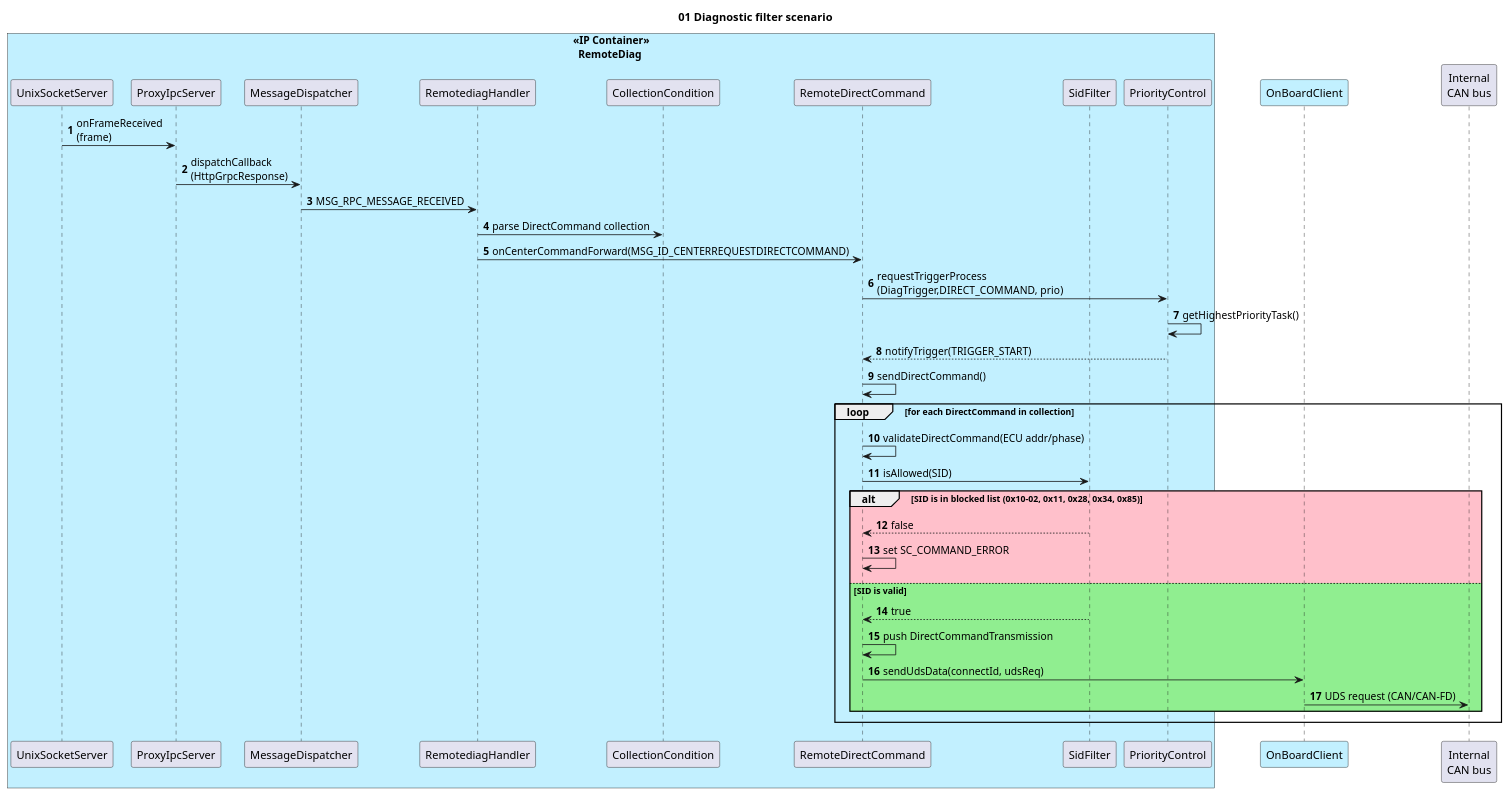
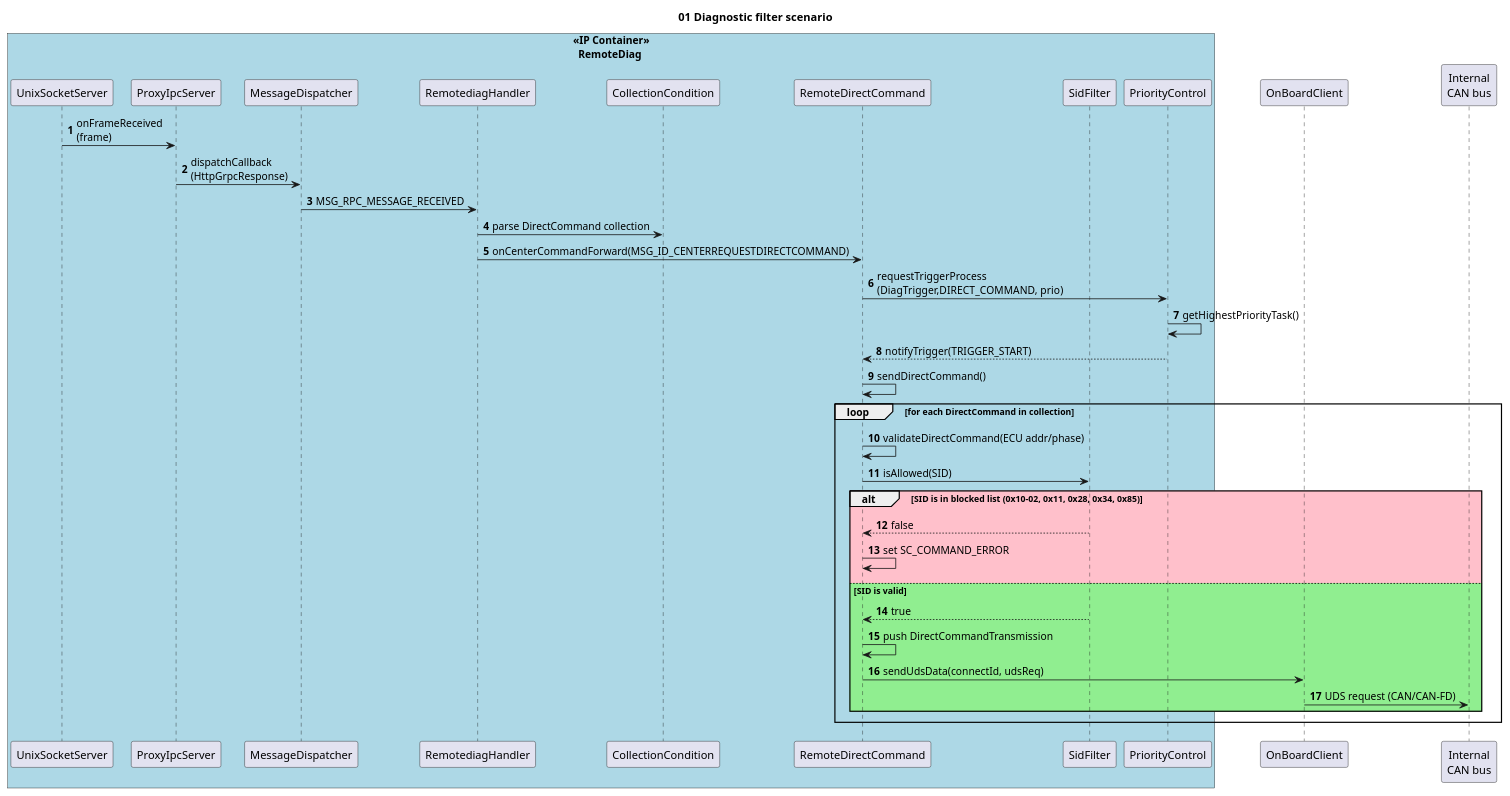
One commit to btqt/fe changed the eighth of 8 diagrams in design/FE_phi.vu_Design of Secure Remote Diag on Container Separation Architecture_3rd.md. Above: the diagram before and after it, drawn with PlantUML. The commit also changed other lines of this file and 3 other files, not shown here.

````diff
--- a/design/FE_phi.vu_Design of Secure Remote Diag on Container Separation Architecture_3rd.md
+++ b/design/FE_phi.vu_Design of Secure Remote Diag on Container Separation Architecture_3rd.md
@@ -491,49 +523,48 @@
 ```plantuml
-@startuml
+@startuml diagnostic_filter_scenario
 title 01 Diagnostic filter scenario
+
 !pragma teoz true
 
 autonumber
 
-box "<<IP Container>>\n  RemoteDiag" #application
+box "<<IP Container>>\n  RemoteDiag" #LightBlue
     participant "UnixSocketServer" as USS
     participant "ProxyIpcServer" as PIS
     participant "MessageDispatcher" as MDR
     participant "RemotediagHandler" as RDG
     participant "CollectionCondition" as COCO
     participant "RemoteDirectCommand" as RDC
     participant "SidFilter" as SID
     participant "PriorityControl" as PRIO
 end box
 
-participant "OnBoardClient" as OBC #application
+participant "OnBoardClient" as OBC
 
 participant "Internal\nCAN bus" as CAN
 
 USS -> PIS : onFrameReceived\n(frame)
 PIS -> MDR : dispatchCallback\n(HttpGrpcResponse)
 MDR -> RDG : MSG_RPC_MESSAGE_RECEIVED
 RDG -> COCO : parse DirectCommand collection
 RDG -> RDC : onCenterCommandForward(MSG_ID_CENTERREQUESTDIRECTCOMMAND)
 
-' == Priority control + SID filter ==
 RDC -> PRIO : requestTriggerProcess\n(DiagTrigger,DIRECT_COMMAND, prio)
 PRIO -> PRIO : getHighestPriorityTask()
 PRIO --> RDC : notifyTrigger(TRIGGER_START)
 RDC -> RDC : sendDirectCommand()
 loop for each DirectCommand in collection
     RDC -> RDC : validateDirectCommand(ECU addr/phase)
     RDC -> SID : isAllowed(SID)
-    alt #pink SID is in blocked list (0x10-02, 0x11, 0x28, 0x34, 0x85)
+    alt #Pink SID is in blocked list (0x10-02, 0x11, 0x28, 0x34, 0x85)
         SID --> RDC : false
         RDC -> RDC : set SC_COMMAND_ERROR
-    else #lightgreen SID is valid
+    else #LightGreen SID is valid
         SID --> RDC : true
         RDC -> RDC : push DirectCommandTransmission
-        ' == Transmit UDS to CAN ==
         RDC -> OBC : sendUdsData(connectId, udsReq)
         OBC -> CAN : UDS request (CAN/CAN-FD)
     end
 end
 @enduml
 ```
````
